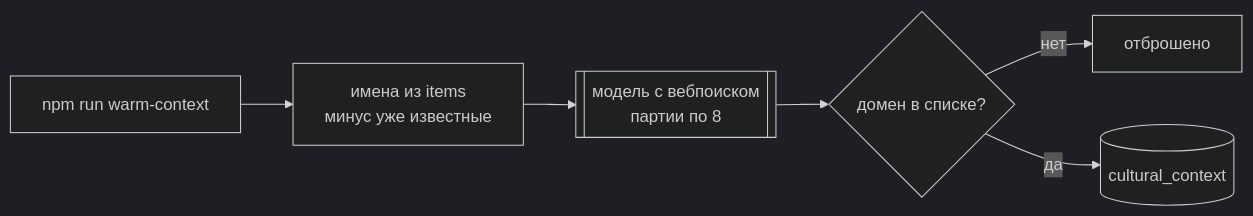
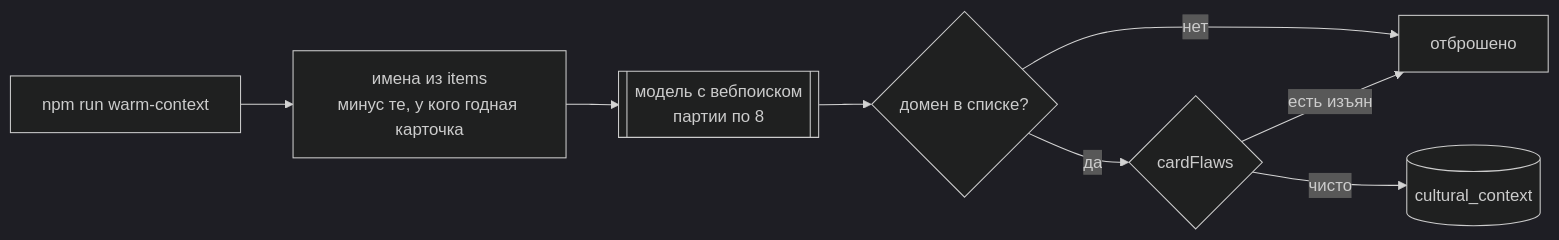
The fourth of 4 diagrams in docs/vibecheck.md (espritdlparesse/nextjs-boilerplate), drawn with Mermaid (dark theme) before and after one commit. The commit also changed other lines of this file and 1 other file, not shown here.

Commit message:
warm-context: treat an unusable card as a missing one
The script skipped a name whenever any card existed for it, so the 136
cards the filter rejects would never be rewritten — they blocked their
own replacement. A name now counts as known only when its card passes
`isUsableCard`, and `--redo` additionally clears the attempted list.

The run itself did not happen: the OpenAI key answers 429 with no
credits remaining. Recorded in the doc, along with the coverage the
count exposed — 16182 items carry 4703 names with no usable card, which
is roughly 590 web-search calls at eight names per batch.

````diff
--- a/docs/vibecheck.md
+++ b/docs/vibecheck.md
@@ -120,8 +120,10 @@
 ```mermaid
 flowchart LR
-    RUN[npm run warm-context] --> DIFF[имена из items<br/>минус уже известные]
+    RUN[npm run warm-context] --> DIFF[имена из items<br/>минус те, у кого годная карточка]
     DIFF --> SEARCH[["модель с вебпоиском<br/>партии по 8"]]
     SEARCH --> HOSTS{домен в списке?}
     HOSTS -->|нет| DROP[отброшено]
-    HOSTS -->|да| SAVE[(cultural_context)]
+    HOSTS -->|да| FLAWS{cardFlaws}
+    FLAWS -->|есть изъян| DROP
+    FLAWS -->|чисто| SAVE[(cultural_context)]
 ```
````
